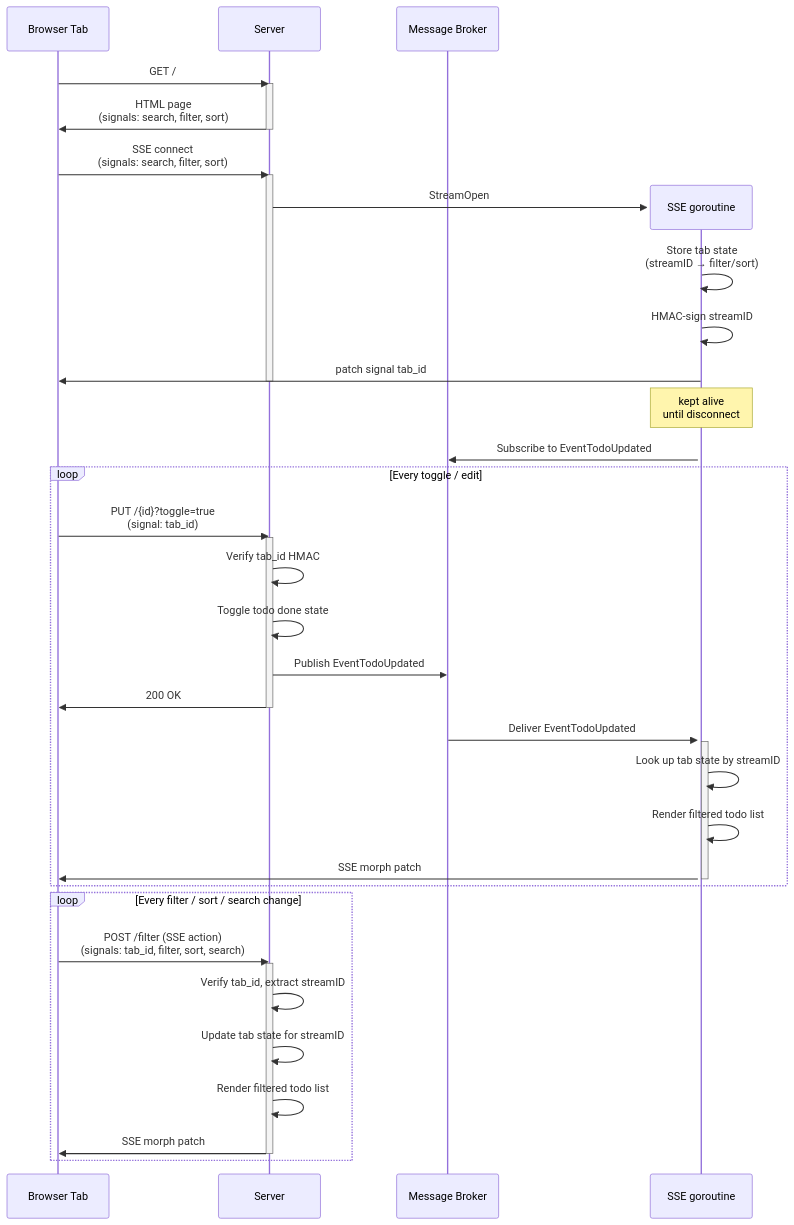
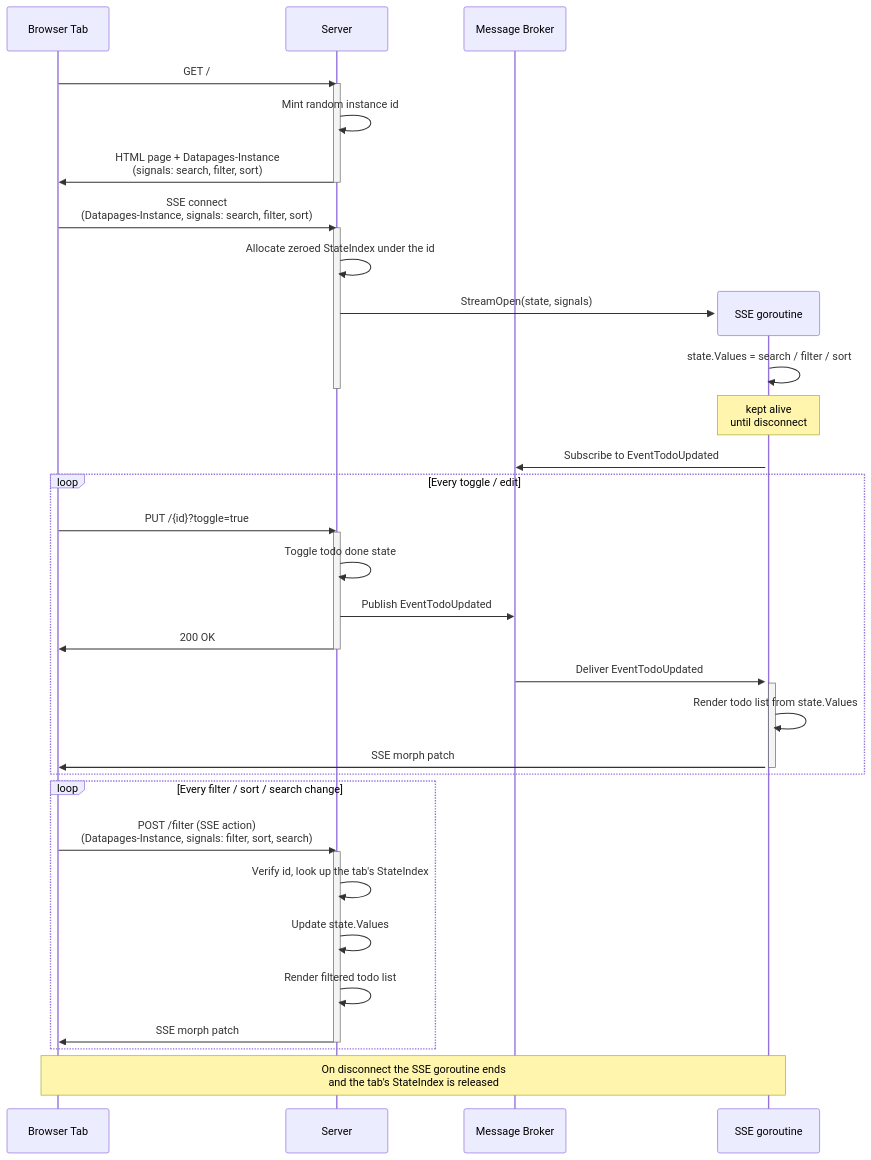
One commit to romshark/datapages changed the diagram in example/todolist/README.md. Above: the diagram before and after it, drawn with Mermaid. The commit also changed other lines of this file and 165 other files, not shown here.

````diff
--- a/example/todolist/README.md
+++ b/example/todolist/README.md
@@ -57,50 +58,50 @@
 ```mermaid
 sequenceDiagram
     participant B as Browser Tab
     participant S as Server
     participant N as Message Broker
 
     B->>S: GET /
     activate S
-    S->>B: HTML page<br/>(signals: search, filter, sort)
+    S->>S: Mint random instance id
+    S->>B: HTML page + Datapages-Instance<br/>(signals: search, filter, sort)
     deactivate S
 
-    B->>S: SSE connect<br/>(signals: search, filter, sort)
+    B->>S: SSE connect<br/>(Datapages-Instance, signals: search, filter, sort)
     activate S
+    S->>S: Allocate zeroed StateIndex under the id
     create participant SS as SSE goroutine
-    S->>SS: StreamOpen
-    SS->>SS: Store tab state<br>(streamID → filter/sort)
-    SS->>SS: HMAC-sign streamID
-    SS->>B: patch signal tab_id
+    S->>SS: StreamOpen(state, signals)
+    SS->>SS: state.Values = search / filter / sort
     deactivate S
     activate SS
     Note over SS: kept alive<br/>until disconnect
     SS->>N: Subscribe to EventTodoUpdated
 
     loop Every toggle / edit
-    B->>S: PUT /{id}?toggle=true<br/>(signal: tab_id)
+    B->>S: PUT /{id}?toggle=true
     activate S
-    S->>S: Verify tab_id HMAC
     S->>S: Toggle todo done state
     S->>N: Publish EventTodoUpdated
     S->>B: 200 OK
     deactivate S
 
     N->>SS: Deliver EventTodoUpdated
     activate SS
-    SS->>SS: Look up tab state by streamID
-    SS->>SS: Render filtered todo list
+    SS->>SS: Render todo list from state.Values
     SS->>B: SSE morph patch #todo-list
     deactivate SS
     end
 
     loop Every filter / sort / search change
-    B->>S: POST /filter (SSE action)<br/>(signals: tab_id, filter, sort, search)
+    B->>S: POST /filter (SSE action)<br/>(Datapages-Instance, signals: filter, sort, search)
     activate S
-    S->>S: Verify tab_id, extract streamID
-    S->>S: Update tab state for streamID
+    S->>S: Verify id, look up the tab's StateIndex
+    S->>S: Update state.Values
     S->>S: Render filtered todo list
     S->>B: SSE morph patch #todo-list
     deactivate S
     end
+
+    Note over B,SS: On disconnect the SSE goroutine ends<br/>and the tab's StateIndex is released
 ```
````
